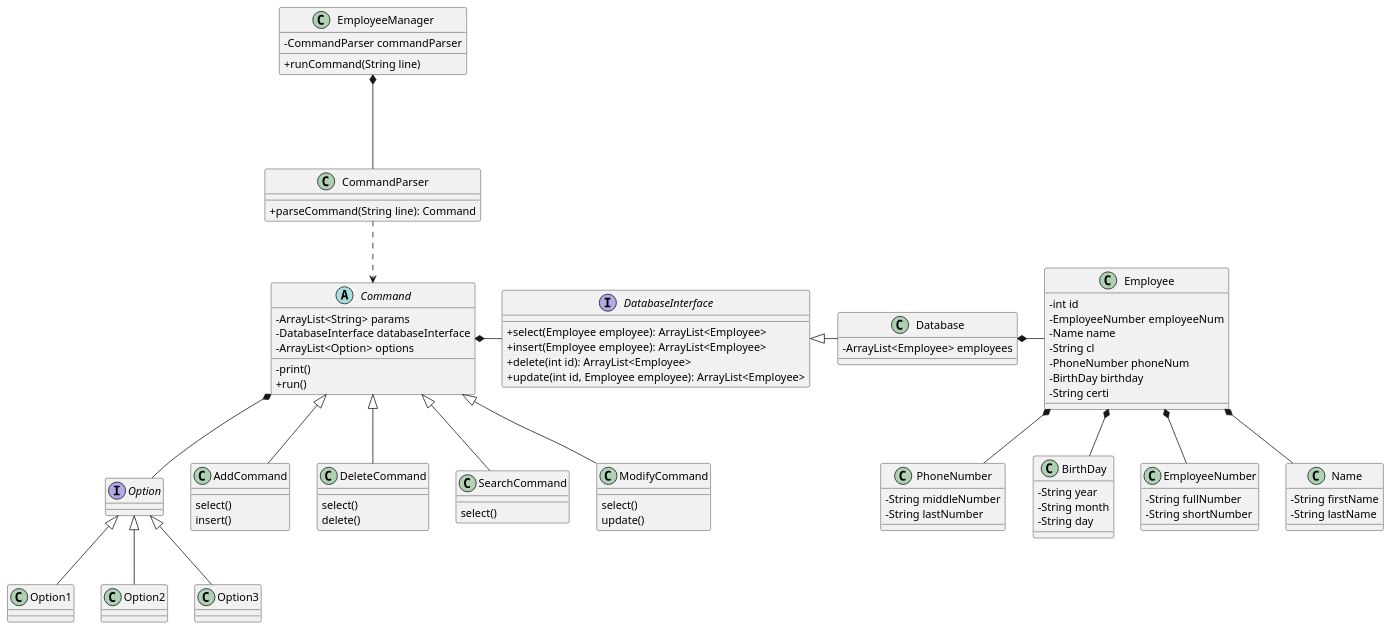
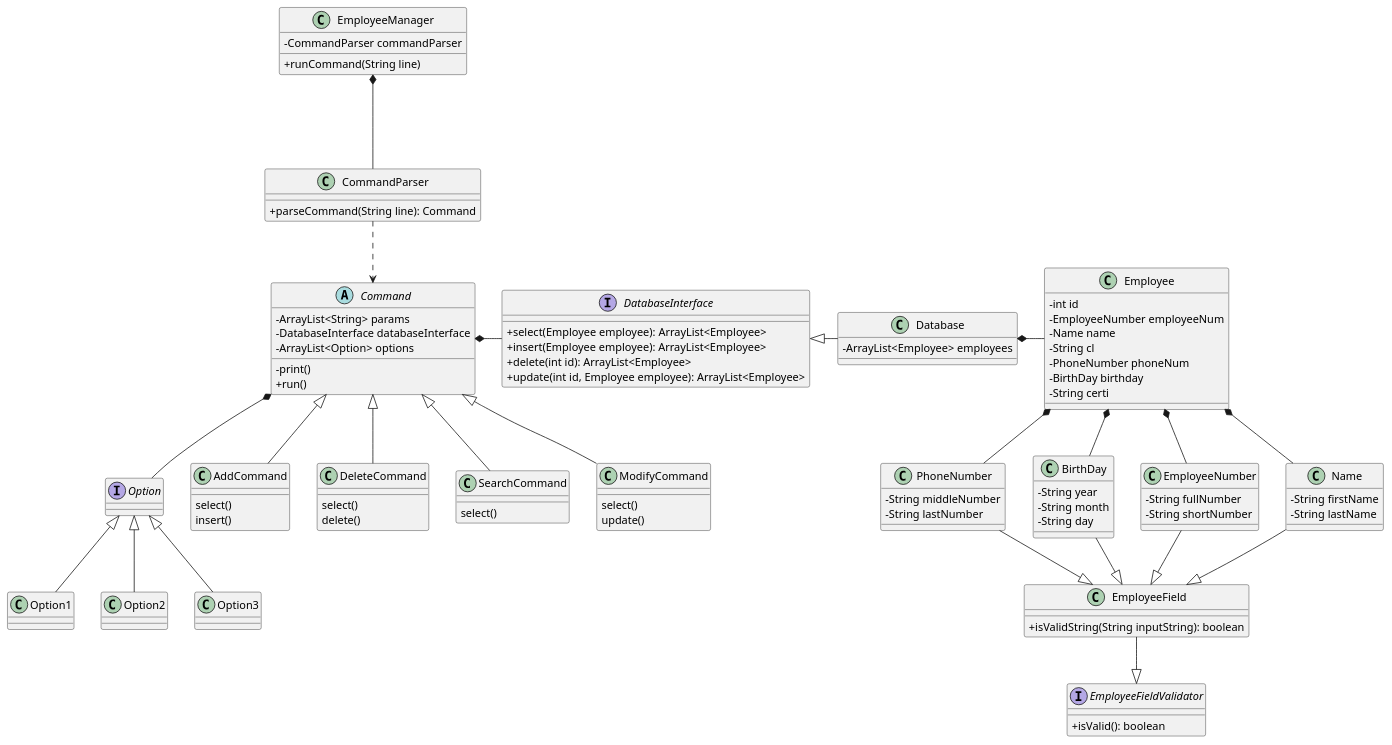
One commit to heew-choi/among-us changed the diagram in doc/ClassDiagram.puml. Above: the diagram before and after it, drawn with PlantUML. The commit also changed 17 other files, not shown here.

```diff
--- a/doc/ClassDiagram.puml
+++ b/doc/ClassDiagram.puml
@@ -1,142 +1,157 @@
 @startuml
 'https://plantuml.com/class-diagram
 
 skinparam classAttributeIconSize 0
 
 Interface DatabaseInterface
 
 class EmployeeManager {
     -CommandParser commandParser
 
     +runCommand(String line)
 }
 
 class Name {
     - String firstName
     - String lastName
 }
 
 class PhoneNumber {
     - String middleNumber
     - String lastNumber
 }
 
 
 class BirthDay {
     - String year
     - String month
     - String day
 }
 
 class EmployeeNumber {
     - String fullNumber
     - String shortNumber
 }
 
 class Employee {
     -int id
     -EmployeeNumber employeeNum
     -Name name
     -String cl
     -PhoneNumber phoneNum
     -BirthDay birthday
     -String certi
 
 '    + getFirstName()
 '    + getLastName()
+}
+
+class EmployeeField {
+    + isValidString(String inputString): boolean
+}
+
+interface EmployeeFieldValidator {
+    + isValid(): boolean
 }
 
 interface Option {
 
 }
 
 class Option1 {
 
 }
 
 class Option2 {
 
 }
 
 class Option3 {
 
 }
 
 'class SearchManager {
 '    + search(): ArrayList<Employee>
 '}
 
 class CommandParser {
     +parseCommand(String line): Command
 }
 
 
 interface DatabaseInterface {
     +select(Employee employee): ArrayList<Employee>
     +insert(Employee employee): ArrayList<Employee>
     +delete(int id): ArrayList<Employee>
     +update(int id, Employee employee): ArrayList<Employee>
 }
 
 class Database {
 '    - SearchManager searchManager
     - ArrayList<Employee> employees
 }
 
 abstract class Command {
     - ArrayList<String> params
     - DatabaseInterface databaseInterface
     - ArrayList<Option> options
 '    - Comparable comparable
 
 
     - print()
     + run()
 }
 
 class AddCommand {
     select()
     insert()
 }
 
 class DeleteCommand {
     select()
     delete()
 }
 
 class SearchCommand {
     select()
 }
 
 class ModifyCommand {
     select()
     update()
 }
 CommandParser ..> Command
 EmployeeManager *--- CommandParser
 Database *- Employee
 
 'Database *-- SearchManager
 
 Command <|-- DeleteCommand
 Command <|-- SearchCommand
 Command <|-- ModifyCommand
 
 Command *- DatabaseInterface
 Command *-- Option
 
 DatabaseInterface <|- Database
 
 Command <|-- AddCommand
 
 
 Option <|-- Option1
 Option <|-- Option2
 Option <|-- Option3
 
 Employee *-- PhoneNumber
 Employee *-- Name
 Employee *-- BirthDay
 Employee *-- EmployeeNumber
 
+PhoneNumber --|> EmployeeField
+Name --|> EmployeeField
+BirthDay --|> EmployeeField
+EmployeeNumber --|> EmployeeField
+
+EmployeeField --|> EmployeeFieldValidator
+
 @enduml
```
